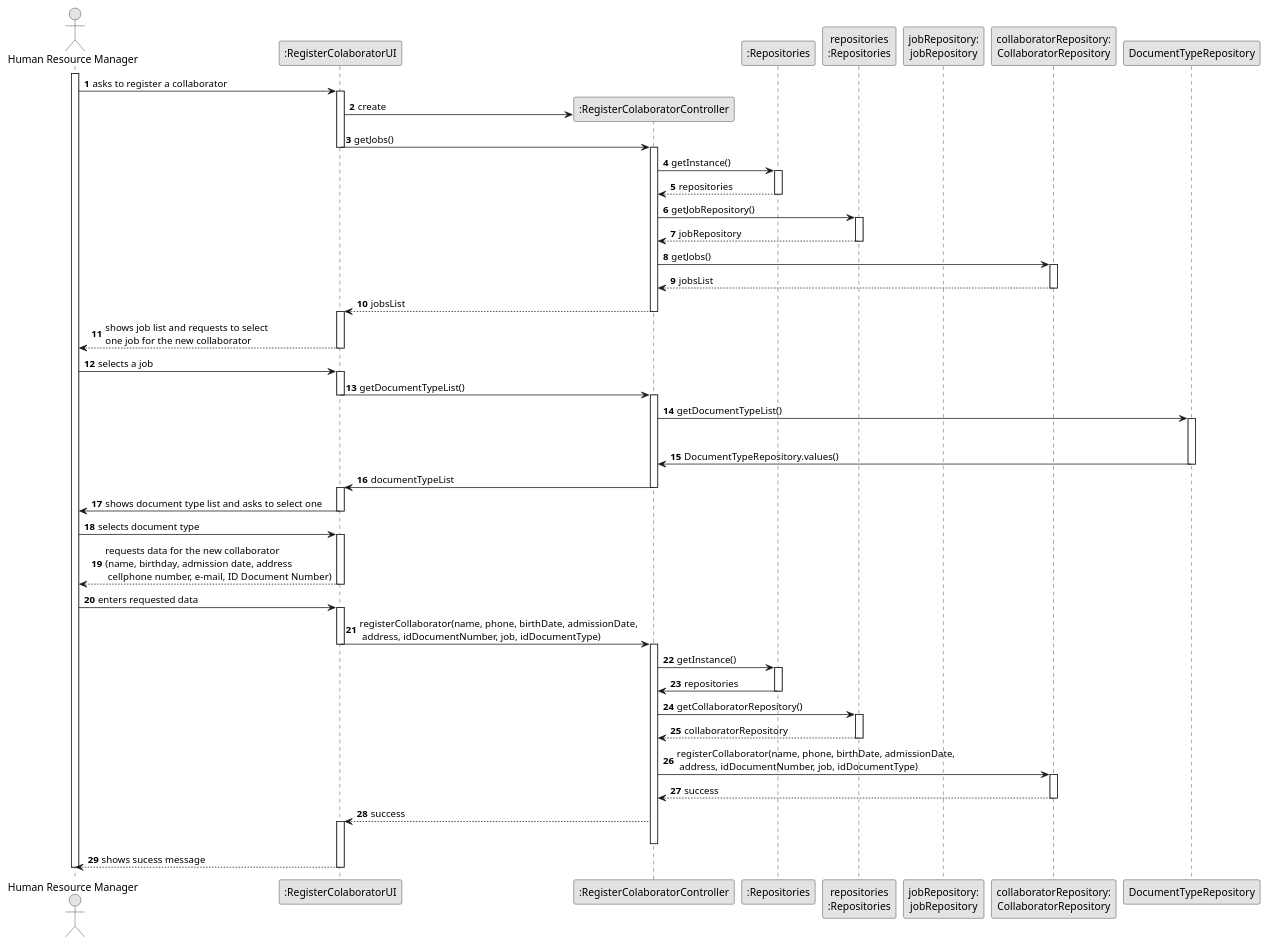
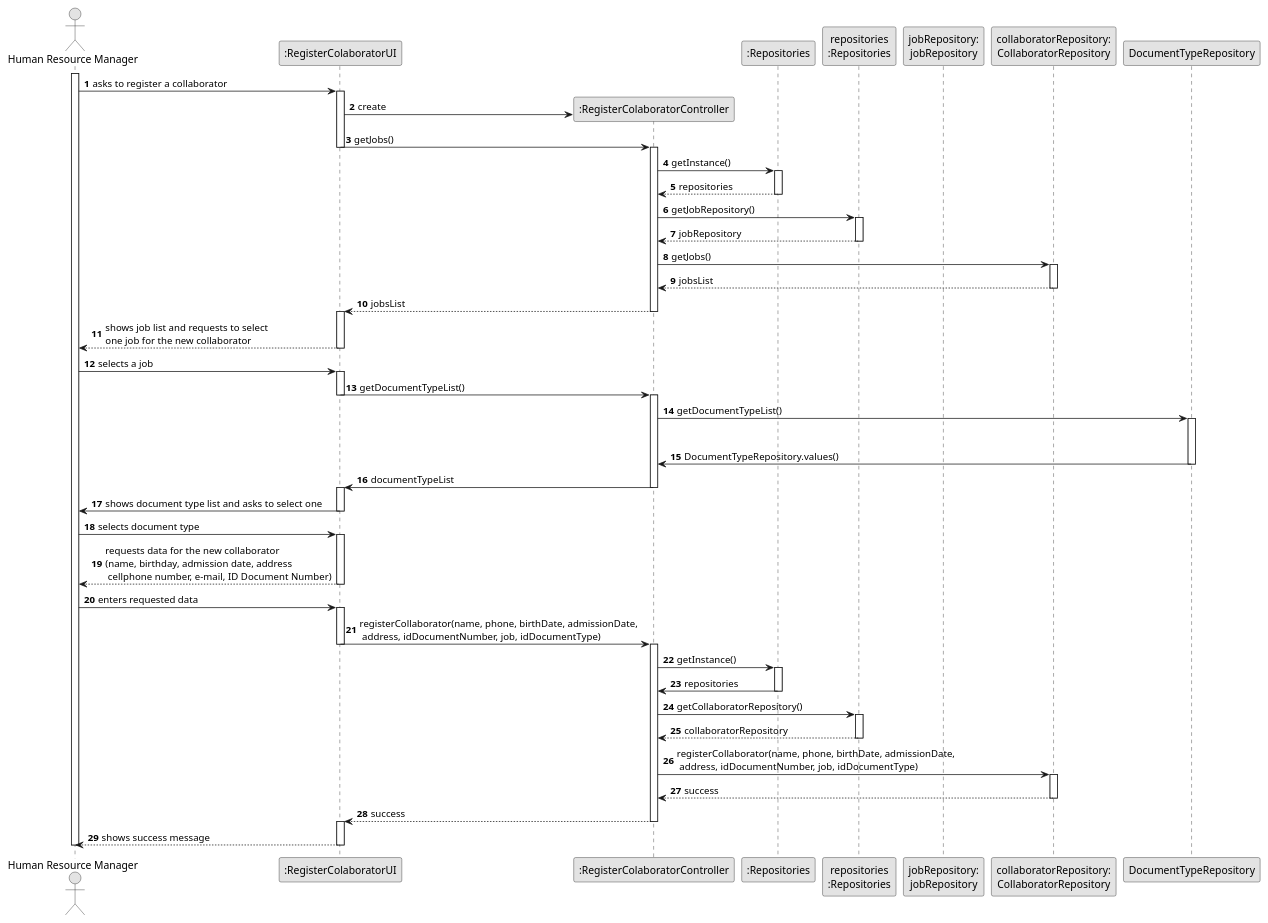
One commit to Departamento-de-Engenharia-Informatica/lei-24-s2-1do-g164 changed the diagram in docs/sprintB/us003/03.design/puml/us003-sequence-diagram-fullv2.puml. Above: the diagram before and after it, drawn with PlantUML. The commit also changed 109 other files, not shown here.

```diff
--- a/docs/sprintB/us003/03.design/puml/us003-sequence-diagram-fullv2.puml
+++ b/docs/sprintB/us003/03.design/puml/us003-sequence-diagram-fullv2.puml
@@ -1,112 +1,115 @@
 @startuml
 skinparam monochrome true
 skinparam packageStyle rectangle
     skinparam shadowing false
 
     autonumber
 
     'hide footbox
     actor "Human Resource Manager" as HRM
     participant ":RegisterColaboratorUI" as UI
     participant ":RegisterColaboratorController" as CTRL
     participant ":Repositories" as RepositorySingleton
     participant "repositories\n:Repositories" as PLAT
     participant "jobRepository:\njobRepository" as SkillRepository
     participant "collaboratorRepository:\nCollaboratorRepository" as collaboratorRepository
     participant "DocumentTypeRepository" as DocumentTypeRepository
     activate HRM
 
             HRM -> UI : asks to register a collaborator
             activate UI
 
 
     '            UI --> ADM : requests data (reference, description,  informal \n description, technical description, duration, cost)
                 'create CTRL
                 UI -> CTRL** : create
 
                 UI -> CTRL : getJobs()
                 deactivate UI
                 activate CTRL
 
                     CTRL -> RepositorySingleton : getInstance()
                     activate RepositorySingleton
 
                         RepositorySingleton --> CTRL: repositories
                     deactivate RepositorySingleton
 
                     CTRL -> PLAT : getJobRepository()
                     activate PLAT
 
                         PLAT --> CTRL: jobRepository
                     deactivate PLAT
 
                     CTRL -> collaboratorRepository : getJobs()
                     activate collaboratorRepository
 
                         collaboratorRepository--> CTRL : jobsList
                     deactivate collaboratorRepository
 
                     CTRL --> UI : jobsList
                     deactivate RepositorySingleton
                     activate UI
                 deactivate CTRL
 
                 UI --> HRM : shows job list and requests to select \none job for the new collaborator
             deactivate UI
 
         HRM -> UI : selects a job
         activate UI
         UI -> CTRL : getDocumentTypeList()
                 deactivate UI
                 activate CTRL
                 CTRL -> DocumentTypeRepository : getDocumentTypeList()
 
                 activate "DocumentTypeRepository"
                 deactivate UI
                 DocumentTypeRepository -> CTRL : DocumentTypeRepository.values()
                 deactivate DocumentTypeRepository
                         CTRL -> UI : documentTypeList
 
                 deactivate CTRL
                 activate UI
 
                 UI -> HRM : shows document type list and asks to select one
                 deactivate UI
                 HRM -> UI : selects document type
                 activate UI
         HRM <-- UI : requests data for the new collaborator \n(name, birthday, admission date, address\n cellphone number, e-mail, ID Document Number)
         deactivate UI
         HRM -> UI : enters requested data
         activate UI
 
 
            UI -> CTRL : registerCollaborator(name, phone, birthDate, admissionDate,\n address, idDocumentNumber, job, idDocumentType)
                deactivate UI
                activate CTRL
                  CTRL -> RepositorySingleton : getInstance()
                  activate RepositorySingleton
                    RepositorySingleton -> CTRL : repositories
                  deactivate RepositorySingleton
 
                  CTRL -> PLAT : getCollaboratorRepository()
                  activate PLAT
                    PLAT --> CTRL : collaboratorRepository
                  deactivate PLAT
 
                  CTRL -> collaboratorRepository : registerCollaborator(name, phone, birthDate, admissionDate,\n address, idDocumentNumber, job, idDocumentType)
                  activate collaboratorRepository
 
 
                    collaboratorRepository --> CTRL : success
+
+
                  deactivate collaboratorRepository
                  CTRL --> UI : success
+                    deactivate CTRL
                  activate UI
                deactivate CTRL
 
-              UI --> HRM : shows sucess message
+              UI --> HRM : shows success message
                           deactivate UI
 
 
     deactivate HRM
 
 @enduml
```
